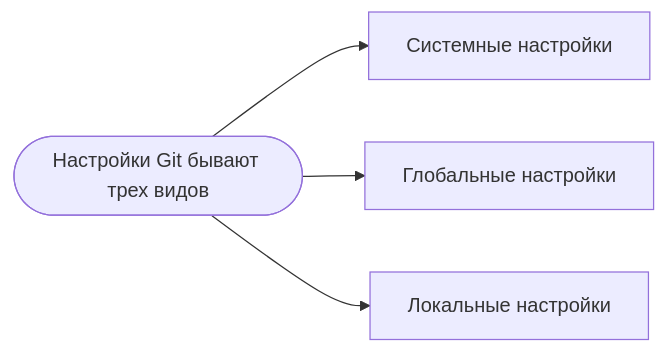
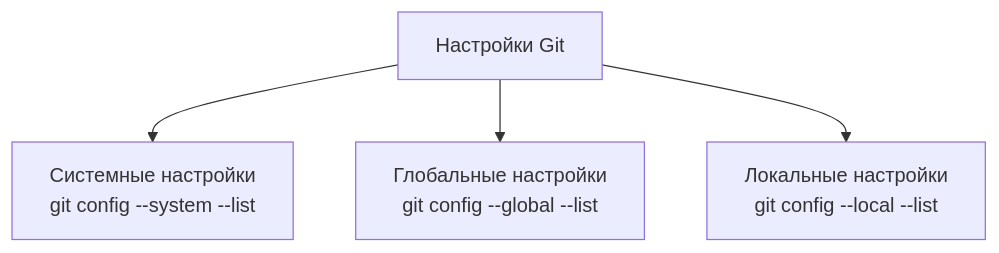
Before and after one commit to DenisMaksakov/Roadmap: the first of 2 diagrams in docs/manuals/git.md, drawn with Mermaid. The commit also changed other lines of this file, not shown here.

Commit message:
Add changes to git_doc

````diff
--- a/docs/manuals/git.md
+++ b/docs/manuals/git.md
@@ -37,6 +37,13 @@
 ```mermaid
-graph LR;
-    A([Настройки Git бывают трех видов]) --> B[Системные настройки];
-    A --> C[Глобальные настройки];
-    A --> D[Локальные настройки];
+graph TB
+A[Настройки Git]
+B[Системные настройки
+git  config --system --list]
+C[Глобальные настройки
+git  config --global --list]
+D[Локальные настройки
+git  config --local --list]
+A  -->  B
+A  -->  C
+A  -->  D
 ```
````
